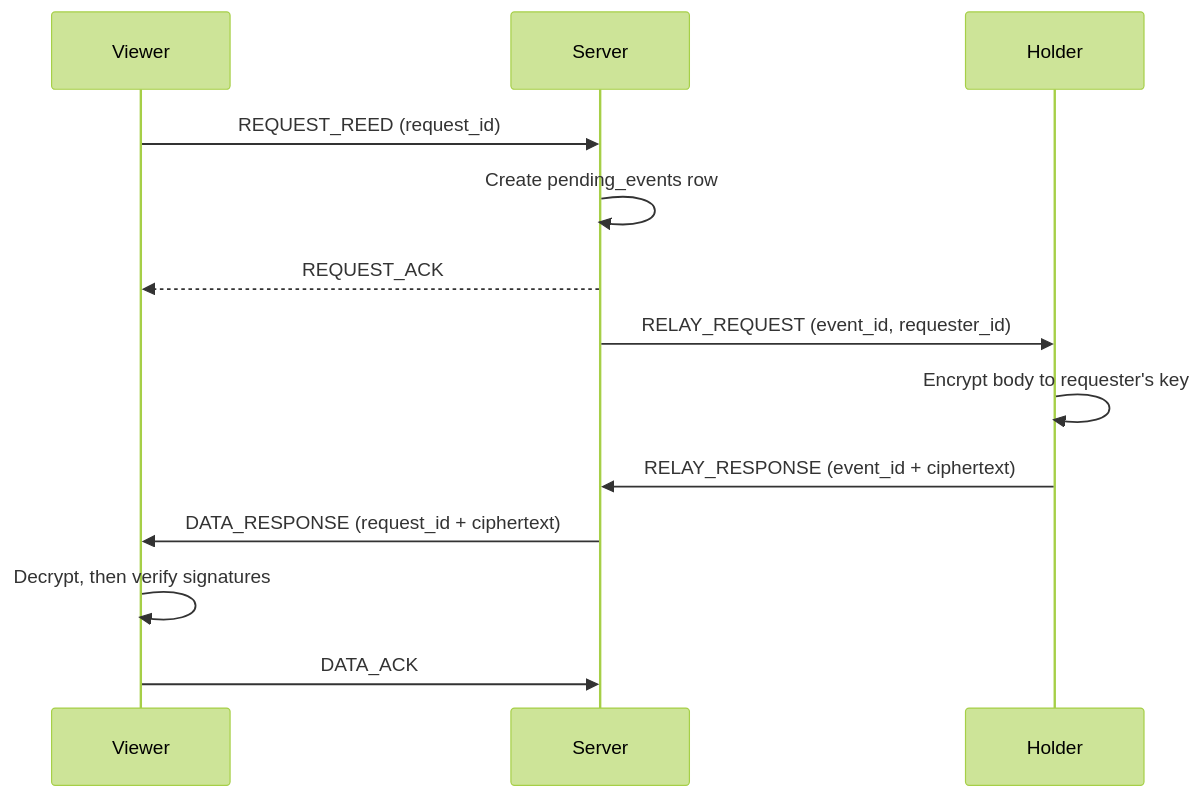
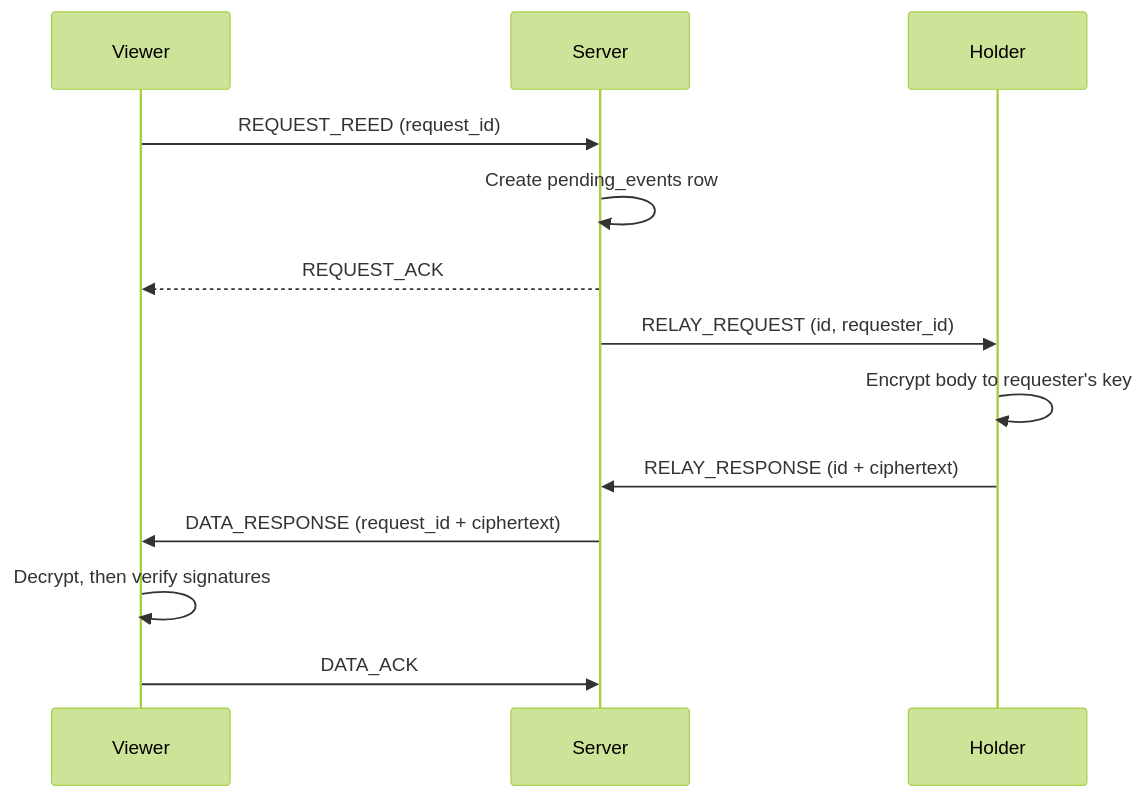
One commit to var0xyz/syrinx changed the diagram in docs/content.md. Above: the diagram before and after it, drawn with Mermaid (forest theme). The commit also changed other lines of this file and 12 other files, not shown here.

````diff
--- a/docs/content.md
+++ b/docs/content.md
@@ -26,15 +26,15 @@
 ```mermaid
 sequenceDiagram
   participant Viewer
   participant Server
   participant Holder
   Viewer->>Server: REQUEST_REED (request_id)
   Server->>Server: Create pending_events row
   Server-->>Viewer: REQUEST_ACK
-  Server->>Holder: RELAY_REQUEST (event_id, requester_id)
+  Server->>Holder: RELAY_REQUEST (id, requester_id)
   Holder->>Holder: Encrypt body to requester's key
-  Holder->>Server: RELAY_RESPONSE (event_id + ciphertext)
+  Holder->>Server: RELAY_RESPONSE (id + ciphertext)
   Server->>Viewer: DATA_RESPONSE (request_id + ciphertext)
   Viewer->>Viewer: Decrypt, then verify signatures
   Viewer->>Server: DATA_ACK
 ```
````
